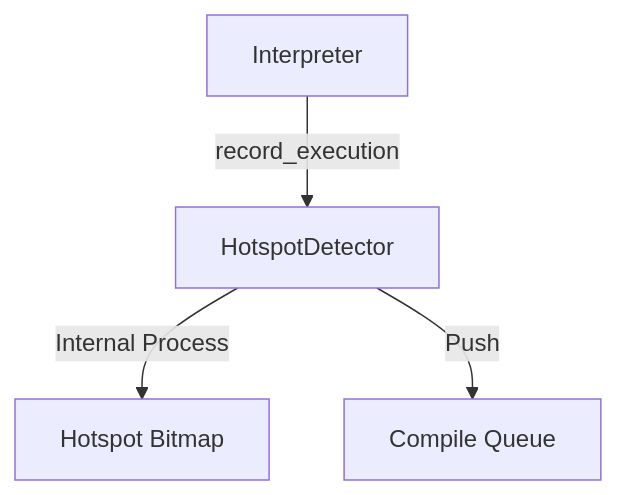
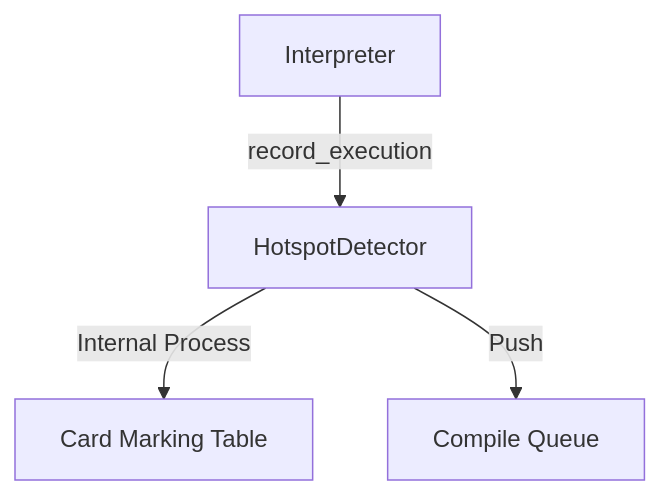
Before and after one commit to kmt-t/fireball: the first of 2 diagrams in docs/components/tier3_jit/jit_runtime_hotspot.md, drawn with Mermaid. The commit also changed other lines of this file and 5 other files, not shown here.

Commit message:
docs: remove legacy hotspot bitmap mentions and unify to card marking table

````diff
--- a/docs/components/tier3_jit/jit_runtime_hotspot.md
+++ b/docs/components/tier3_jit/jit_runtime_hotspot.md
@@ -19,6 +19,6 @@
 ```mermaid
 graph TD
     Interp[Interpreter] -->|record_execution| Detector[HotspotDetector]
-    Detector -->|Internal Process| Bitmap[Hotspot Bitmap]
+    Detector -->|Internal Process| CardTable[Card Marking Table]
     Detector -->|Push| Queue[Compile Queue]
 ```
````
